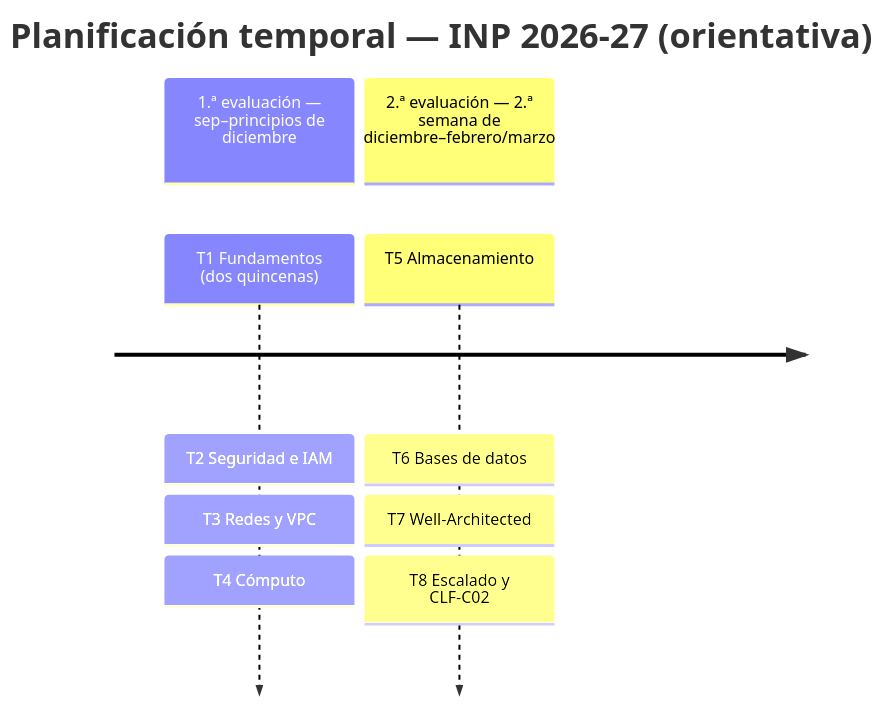
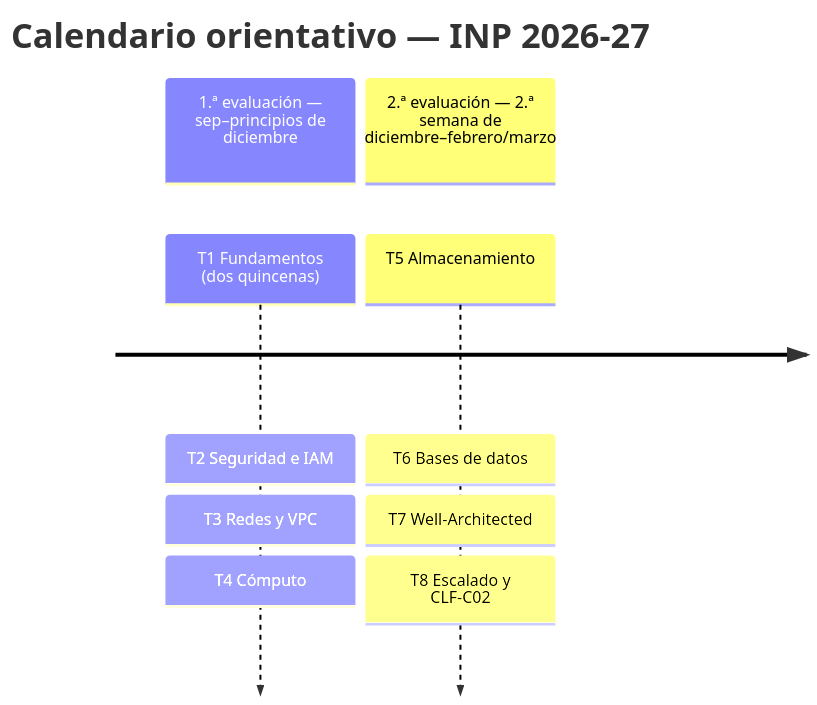
One commit to fjavier-hernandez/cloud changed the first of 2 diagrams in docs/index.md. Above: the diagram before and after it, drawn with Mermaid. The commit also changed other lines of this file and 33 other files, not shown here.

````diff
--- a/docs/index.md
+++ b/docs/index.md
@@ -74,8 +73,8 @@
 ``` mermaid
 timeline
-    title Planificación temporal — INP 2026-27 (orientativa)
+    title Calendario orientativo — INP 2026-27
     section 1.ª evaluación — sep–principios de diciembre
         T1 Fundamentos (dos quincenas) : T2 Seguridad e IAM : T3 Redes y VPC : T4 Cómputo
     section 2.ª evaluación — 2.ª semana de diciembre–febrero/marzo
         T5 Almacenamiento : T6 Bases de datos : T7 Well-Architected : T8 Escalado y CLF-C02
 ```
````
